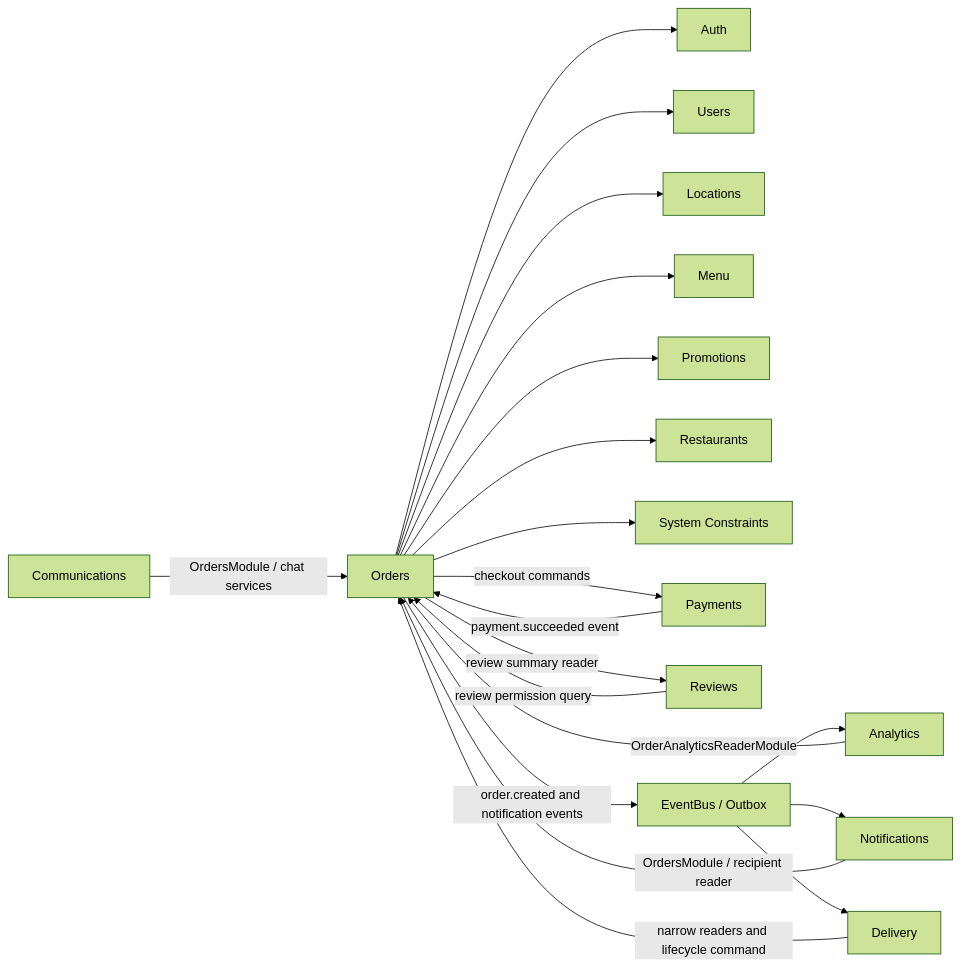
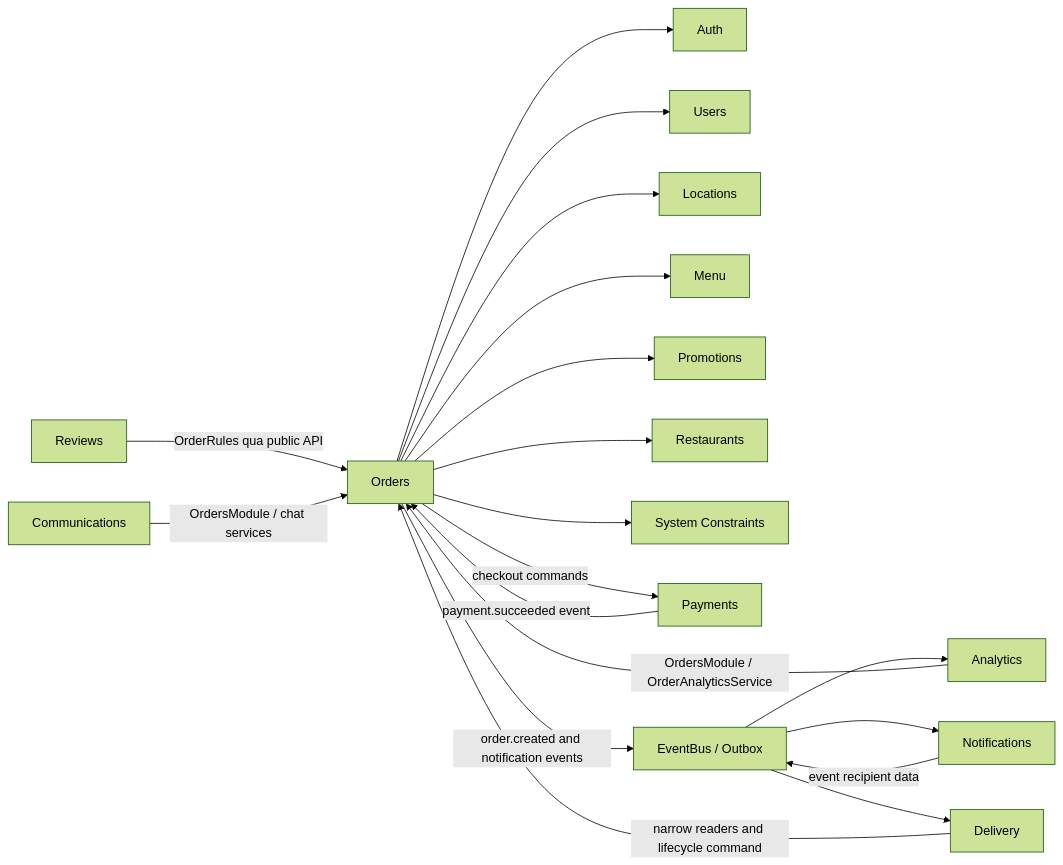
The diagram in Backend/ORDERS_DEPENDENCY_GRAPH.md (duonyyy/FOOD), drawn with Mermaid (forest theme) before and after one commit. The commit also changed other lines of this file and 38 other files, not shown here.

Commit message:
refactor(orders): decouple reviews and simplify analytics

````diff
--- a/Backend/ORDERS_DEPENDENCY_GRAPH.md
+++ b/Backend/ORDERS_DEPENDENCY_GRAPH.md
@@ -58,26 +50,25 @@
 ```mermaid
 flowchart LR
   Orders --> Auth[Auth]
   Orders --> Users[Users]
   Orders --> Locations[Locations]
   Orders --> Menu[Menu]
   Orders --> Promotions[Promotions]
   Orders --> Restaurants[Restaurants]
   Orders --> Constraints[System Constraints]
   Orders -->|checkout commands| Payments[Payments]
   Payments[Payments] -->|payment.succeeded event| Orders
 
   Delivery -->|narrow readers and lifecycle command| Orders
 
-  Orders -->|review summary reader| Reviews
-  Reviews -->|review permission query| Orders
+  Reviews -->|OrderRules qua public API| Orders
 
   Orders -->|order.created and notification events| EventBus[EventBus / Outbox]
   EventBus --> Analytics
   EventBus --> Notifications
   EventBus --> Delivery
 
-  Analytics -->|OrderAnalyticsReaderModule| Orders
-  Notifications -->|OrdersModule / recipient reader| Orders
+  Analytics -->|OrdersModule / OrderAnalyticsService| Orders
+  Notifications -->|event recipient data| EventBus
   Communications -->|OrdersModule / chat services| Orders
 ```
````
